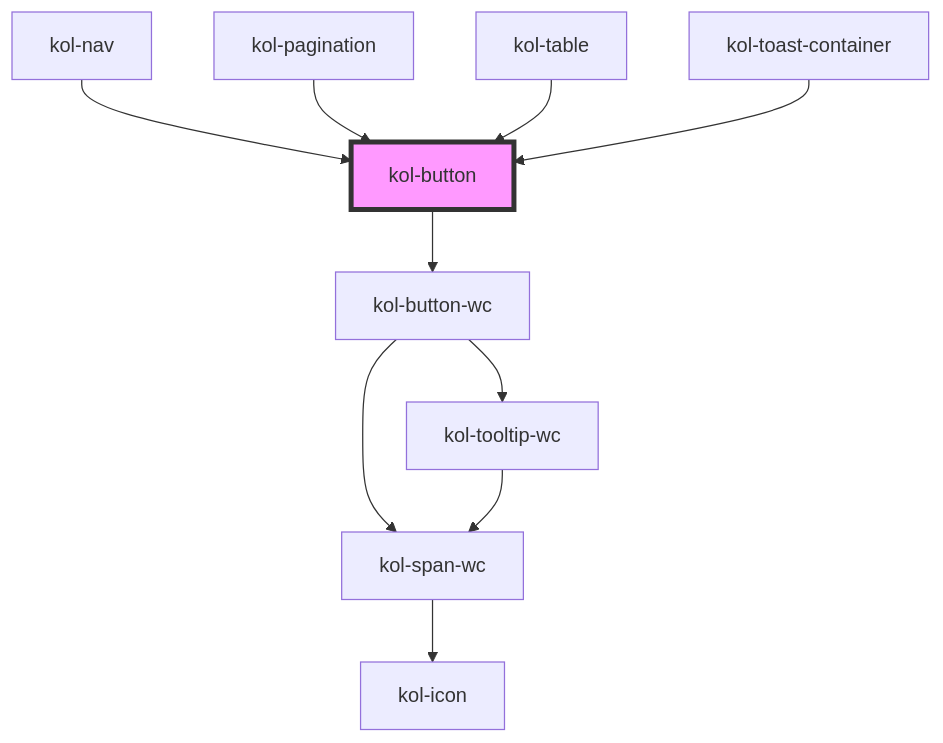
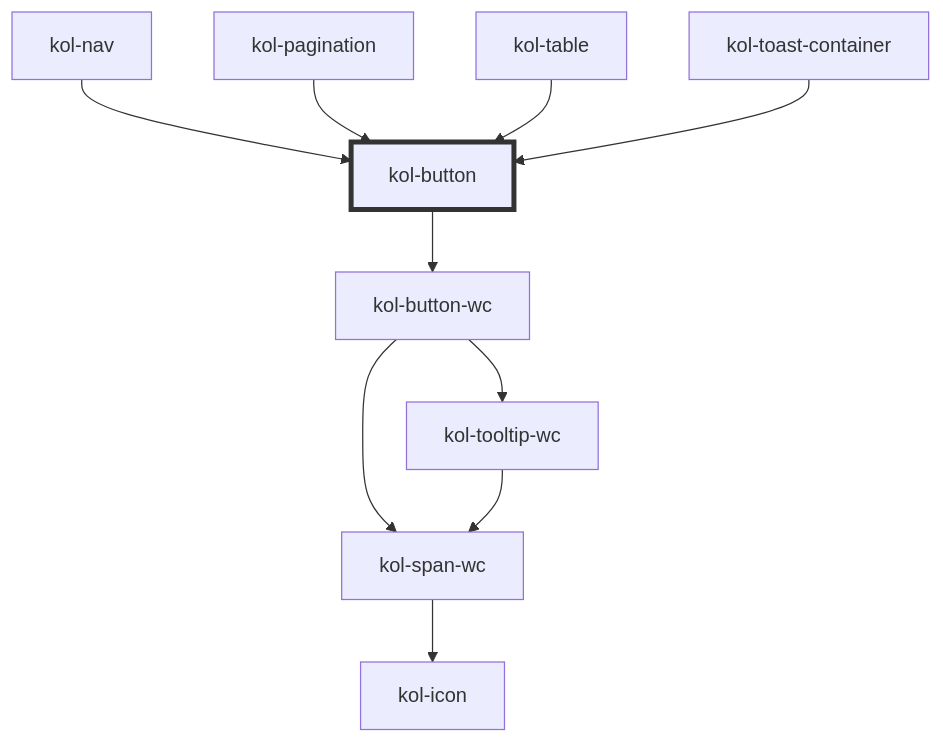
One commit to public-ui/kolibri changed the diagram in packages/components/src/components/button/readme.md. Above: the diagram before and after it, drawn with Mermaid. The commit also changed 372 other files, not shown here.

````diff
--- a/packages/components/src/components/button/readme.md
+++ b/packages/components/src/components/button/readme.md
@@ -141,13 +141,13 @@
 ```mermaid
 graph TD;
   kol-button --> kol-button-wc
   kol-button-wc --> kol-span-wc
   kol-button-wc --> kol-tooltip-wc
   kol-span-wc --> kol-icon
   kol-tooltip-wc --> kol-span-wc
   kol-nav --> kol-button
   kol-pagination --> kol-button
   kol-table --> kol-button
   kol-toast-container --> kol-button
-  style kol-button fill:#f9f,stroke:#333,stroke-width:4px
+  style kol-button stroke:#333,stroke-width:4px
 ```
````
